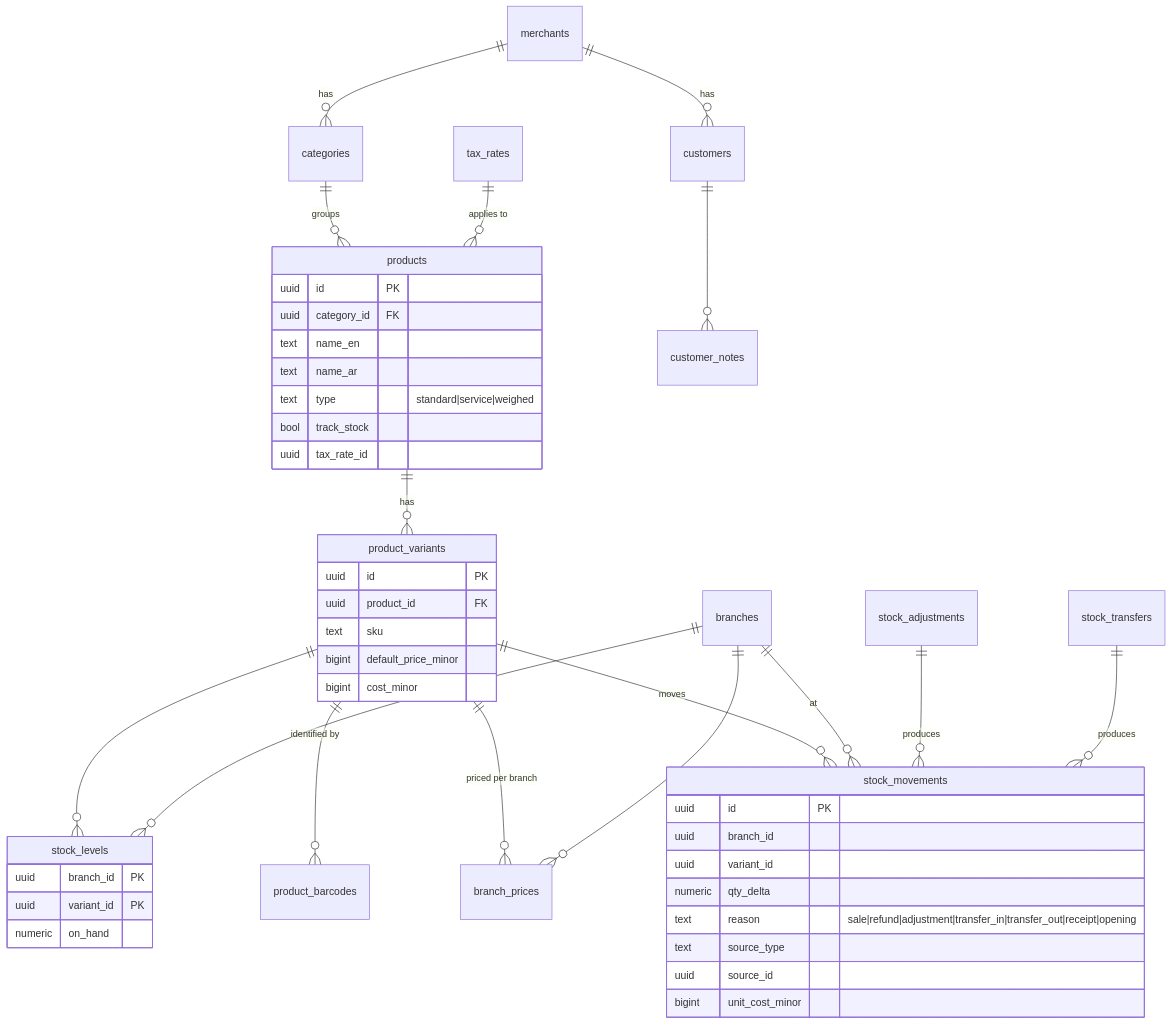
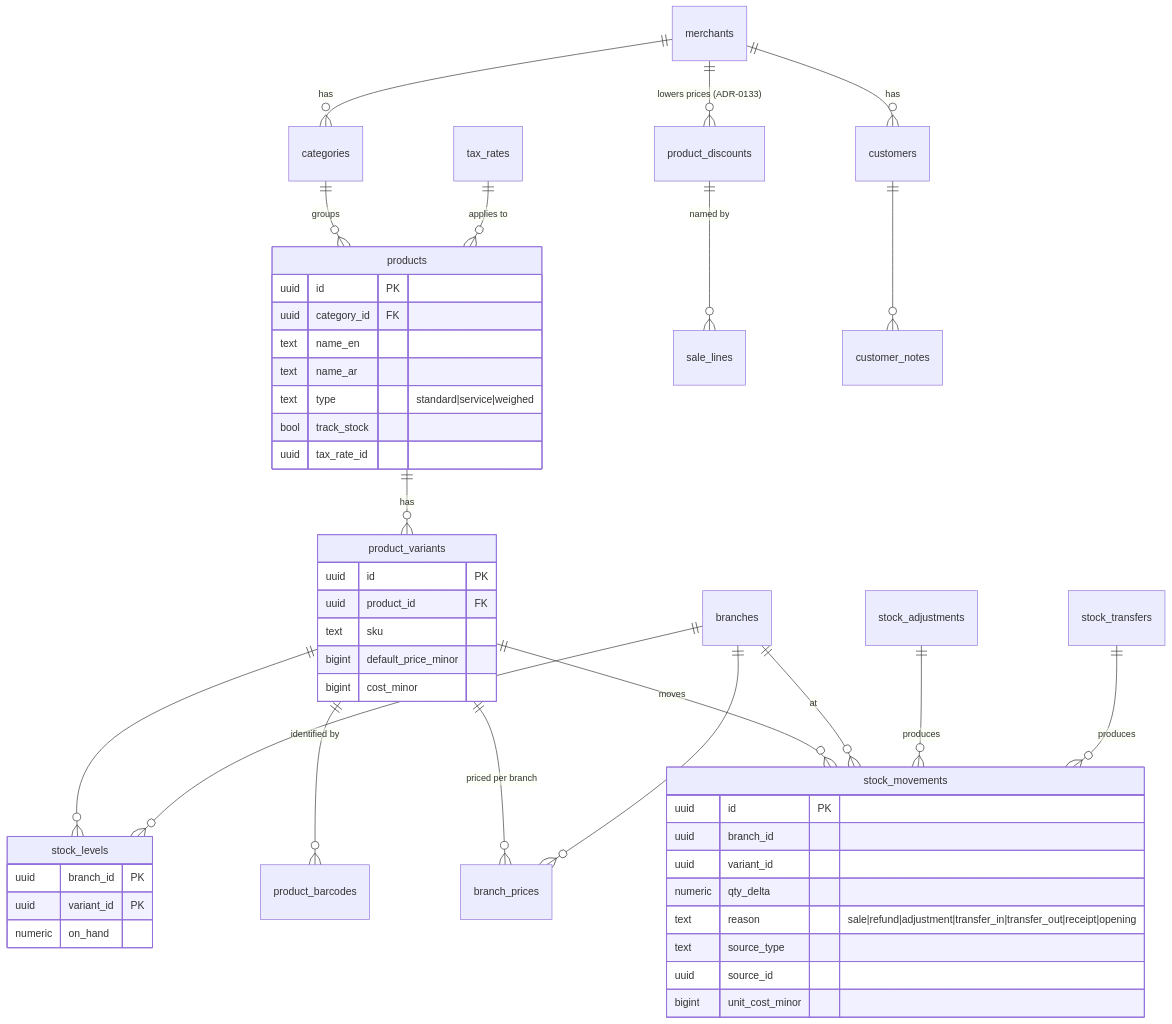
One commit to rhmanovic/arabat-pos-1026 changed the second of 3 diagrams in docs/DATABASE.md. Above: the diagram before and after it, drawn with Mermaid. The commit also changed other lines of this file and 81 other files, not shown here.

First line of the commit message:
feat: product discounts for the online store and the point of sale

````diff
--- a/docs/DATABASE.md
+++ b/docs/DATABASE.md
@@ -186,50 +186,52 @@
 ```mermaid
 erDiagram
   merchants ||--o{ categories : has
   categories ||--o{ products : groups
   products ||--o{ product_variants : has
   product_variants ||--o{ product_barcodes : "identified by"
+  merchants ||--o{ product_discounts : "lowers prices (ADR-0133)"
+  product_discounts ||--o{ sale_lines : "named by"
   product_variants ||--o{ branch_prices : "priced per branch"
   branches ||--o{ branch_prices : ""
   tax_rates ||--o{ products : "applies to"
   product_variants ||--o{ stock_movements : moves
   branches ||--o{ stock_movements : at
   product_variants ||--o{ stock_levels : ""
   branches ||--o{ stock_levels : ""
   stock_adjustments ||--o{ stock_movements : produces
   stock_transfers ||--o{ stock_movements : produces
   merchants ||--o{ customers : has
   customers ||--o{ customer_notes : ""
 
   products {
     uuid id PK
     uuid category_id FK
     text name_en
     text name_ar
     text type "standard|service|weighed"
     bool track_stock
     uuid tax_rate_id
   }
   product_variants {
     uuid id PK
     uuid product_id FK
     text sku
     bigint default_price_minor
     bigint cost_minor
   }
   stock_movements {
     uuid id PK
     uuid branch_id
     uuid variant_id
     numeric qty_delta
     text reason "sale|refund|adjustment|transfer_in|transfer_out|receipt|opening"
     text source_type
     uuid source_id
     bigint unit_cost_minor
   }
   stock_levels {
     uuid branch_id PK
     uuid variant_id PK
     numeric on_hand
   }
 ```
````
